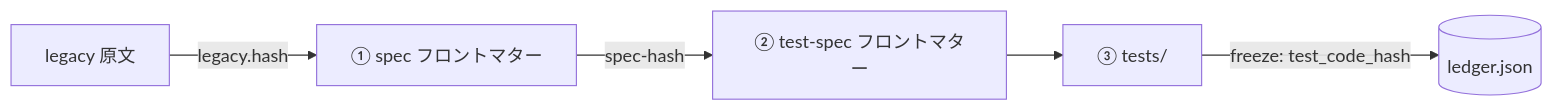
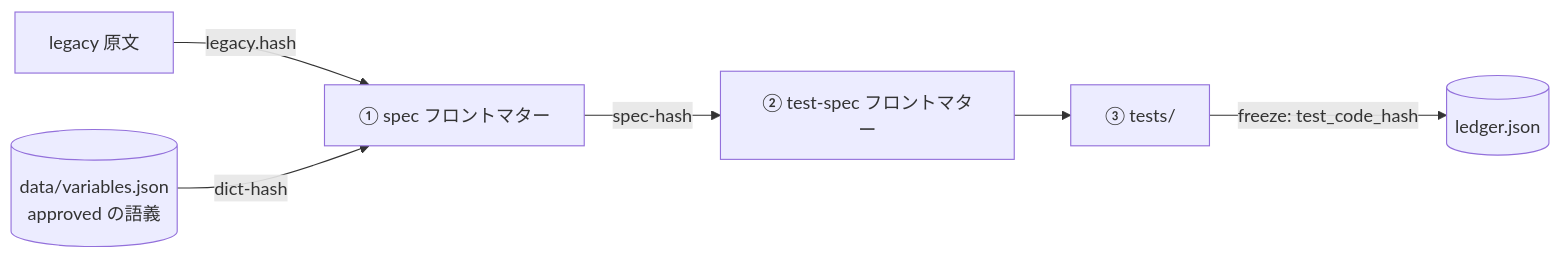
Before and after one commit to ctenopoma/skills: the diagram in docs/legacy-reverse/data.qmd, drawn with Mermaid. The commit also changed other lines of this file and 59 other files, not shown here.

````diff
--- a/docs/legacy-reverse/data.qmd
+++ b/docs/legacy-reverse/data.qmd
@@ -249,10 +428,11 @@
 ```{mermaid}
 %%| label: fig-data-hash-chain
-%%| fig-cap: "レガシー原文から台帳まで伝搬するハッシュ連鎖"
+%%| fig-cap: "レガシー原文・変数辞書から台帳まで伝搬するハッシュ連鎖"
 
 flowchart LR
   L["legacy 原文"] -->|"legacy.hash"| S1["① spec フロントマター"]
+  D[("data/variables.json<br>approved の語義")] -->|"dict-hash"| S1
   S1 -->|"spec-hash"| S2["② test-spec フロントマター"]
   S2 --> S3["③ tests/"]
   S3 -->|"freeze: test_code_hash"| LG[("ledger.json")]
 ```
````
